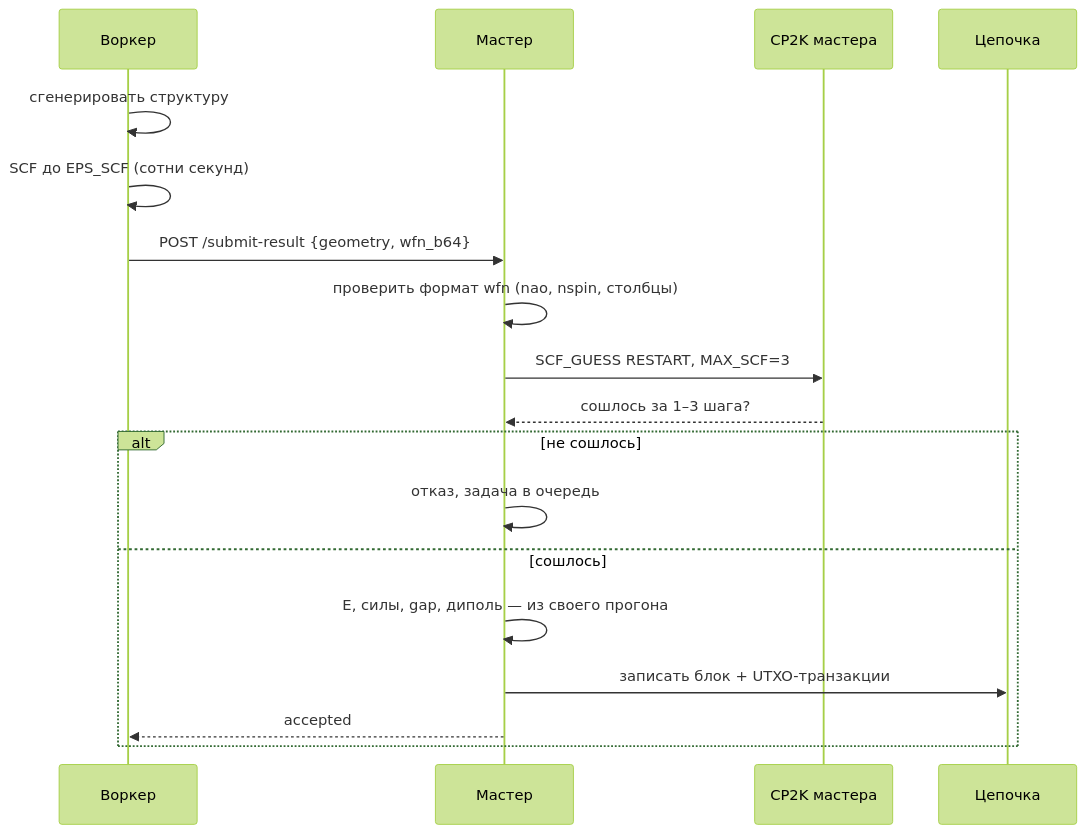
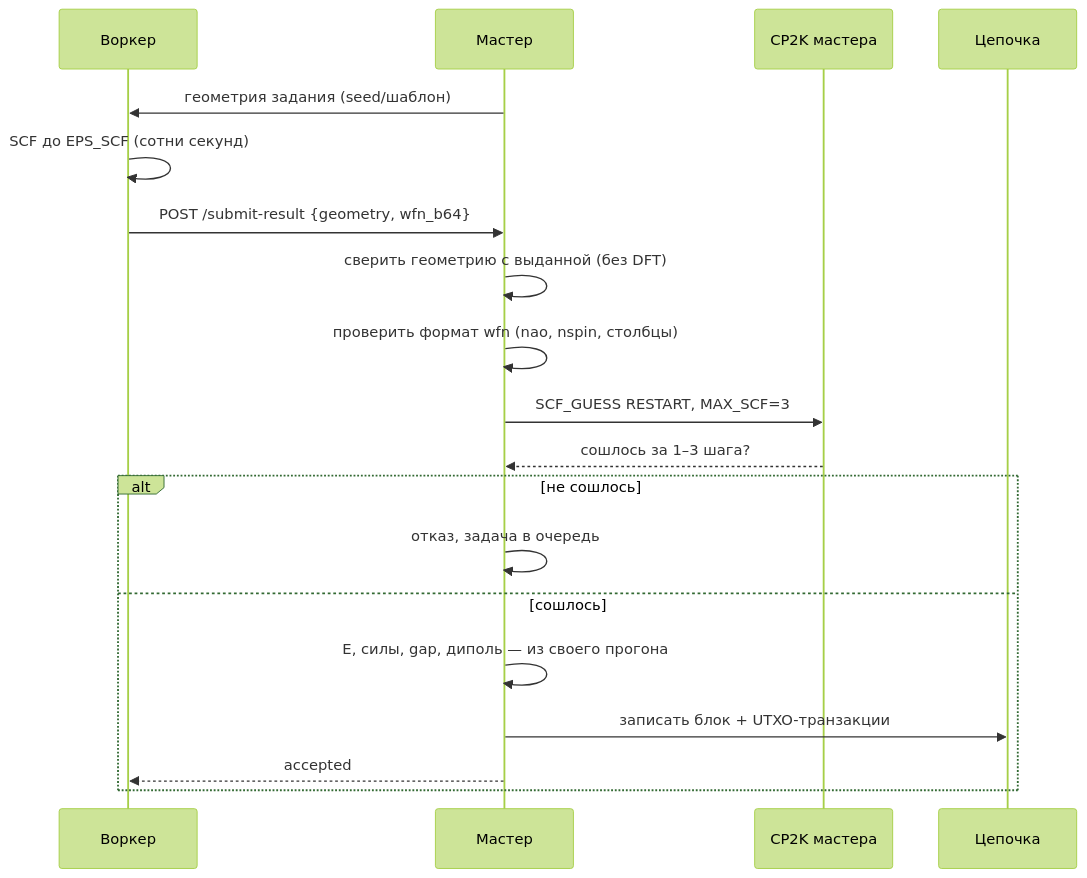
Before and after one commit to konstantinkorzov/cp2k-mace-project: the second of 5 diagrams in docs/WHITEPAPER.md, drawn with Mermaid (forest theme). The commit also changed other lines of this file and 6 other files, not shown here.

First line of the commit message:
feat: геометрию задания строит мастер, шаблон стал проверяемым

````diff
--- a/docs/WHITEPAPER.md
+++ b/docs/WHITEPAPER.md
@@ -92,21 +92,22 @@
 ```mermaid
 sequenceDiagram
     participant W as Воркер
     participant M as Мастер
     participant C as CP2K мастера
     participant B as Цепочка
 
-    W->>W: сгенерировать структуру
+    M->>W: геометрия задания (seed/шаблон)
     W->>W: SCF до EPS_SCF (сотни секунд)
     W->>M: POST /submit-result {geometry, wfn_b64}
+    M->>M: сверить геометрию с выданной (без DFT)
     M->>M: проверить формат wfn (nao, nspin, столбцы)
     M->>C: SCF_GUESS RESTART, MAX_SCF=3
     C-->>M: сошлось за 1–3 шага?
     alt не сошлось
         M->>M: отказ, задача в очередь
     else сошлось
         M->>M: E, силы, gap, диполь — из своего прогона
         M->>B: записать блок + UTXO-транзакции
         M-->>W: accepted
     end
 ```
````
